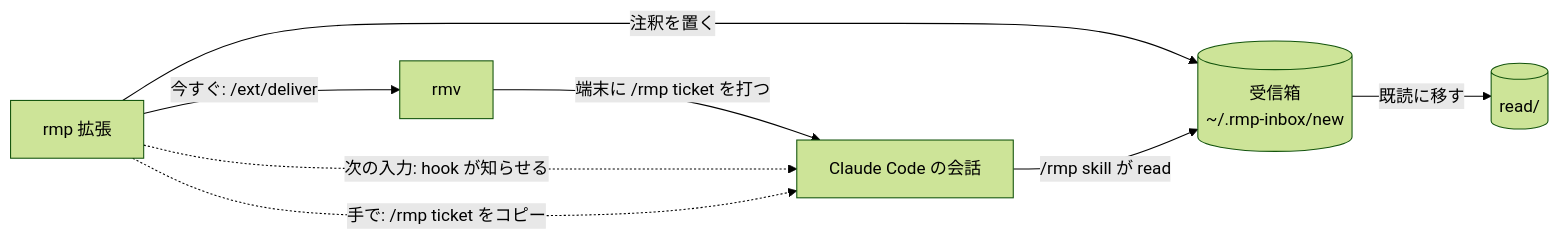
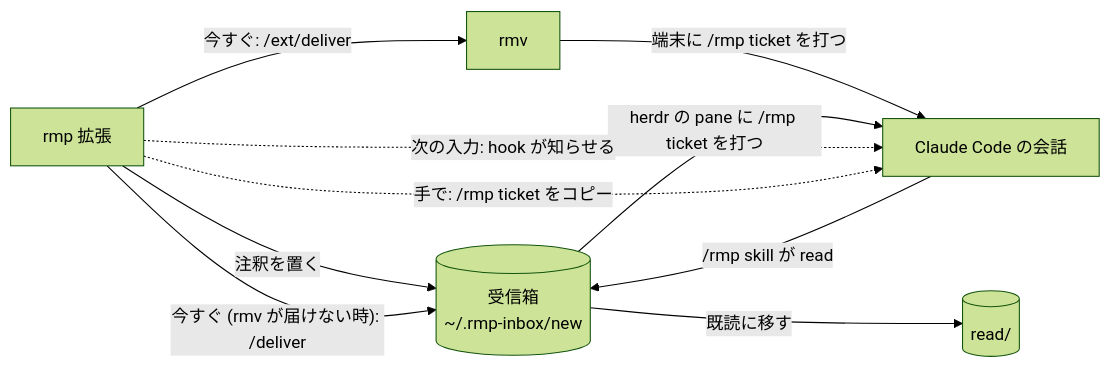
One commit to ktsm-yt/rmp changed the diagram in README.md. Above: the diagram before and after it, drawn with Mermaid (forest theme). The commit also changed other lines of this file, not shown here.

Commit message:
docs: README の冒頭に herdr の紹介を足し、『今すぐ』が rmv 無しでも herdr の pane へ届く今の動きに説明と図を合わせる

````diff
--- a/README.md
+++ b/README.md
@@ -158,10 +159,12 @@
 ```mermaid
 flowchart LR
   ext[rmp 拡張] -- 注釈を置く --> inbox[(受信箱<br>~/.rmp-inbox/new)]
   ext -- 今すぐ: /ext/deliver --> rmv[rmv]
   rmv -- 端末に /rmp ticket を打つ --> cc[Claude Code の会話]
+  ext -- 今すぐ (rmv が届けない時): /deliver --> inbox
+  inbox -- herdr の pane に /rmp ticket を打つ --> cc
   ext -. 次の入力: hook が知らせる .-> cc
   ext -. 手で: /rmp ticket をコピー .-> cc
   cc -- /rmp skill が read --> inbox
   inbox -- 既読に移す --> read[(read/)]
 ```
````
